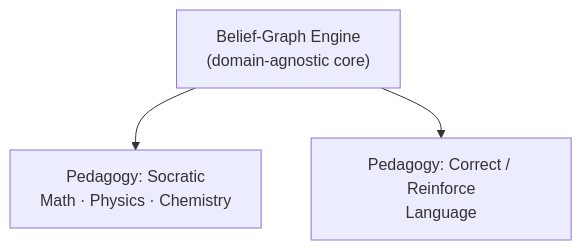
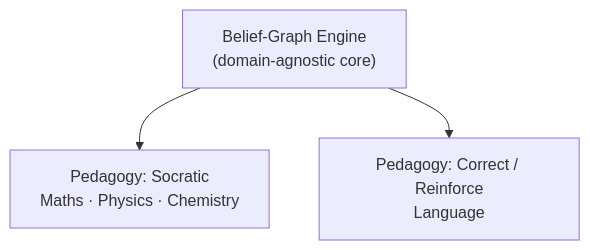
Before and after one commit to stemolly/wiki: the second of 3 diagrams in src/content/docs/vi/product/overview.md, drawn with Mermaid. The commit also changed other lines of this file and 57 other files, not shown here.

````diff
--- a/src/content/docs/vi/product/overview.md
+++ b/src/content/docs/vi/product/overview.md
@@ -40,8 +36,8 @@
 ```mermaid
 graph TD
     Engine["Belief-Graph Engine<br/>(domain-agnostic core)"]
-    S["Pedagogy: Socratic<br/>Math · Physics · Chemistry"]
+    S["Pedagogy: Socratic<br/>Maths · Physics · Chemistry"]
     L["Pedagogy: Correct / Reinforce<br/>Language"]
     Engine --> S
     Engine --> L
 ```
````
